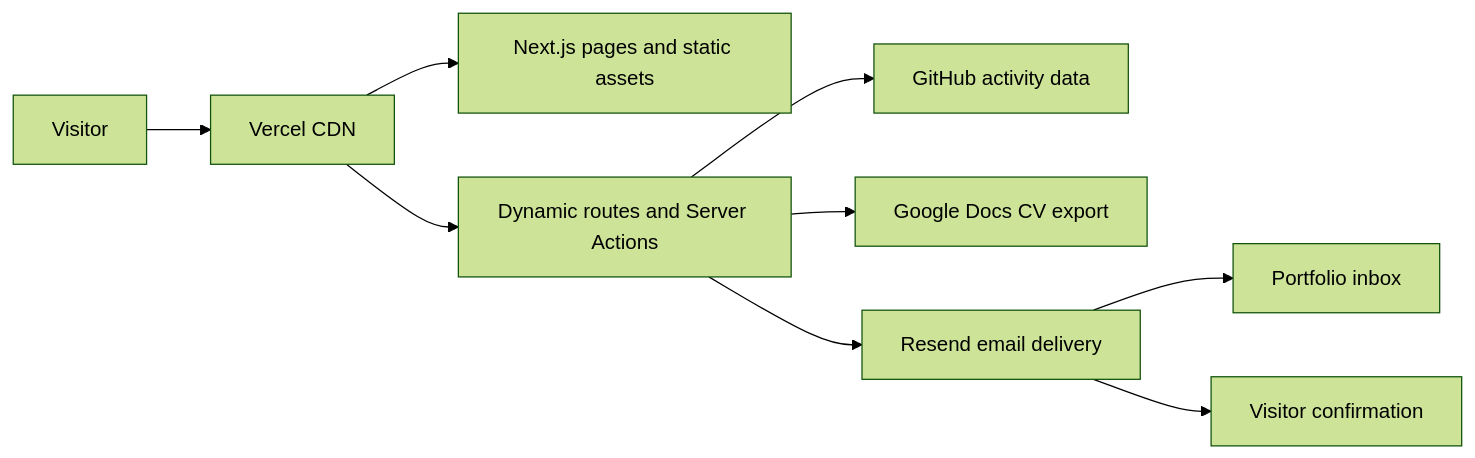
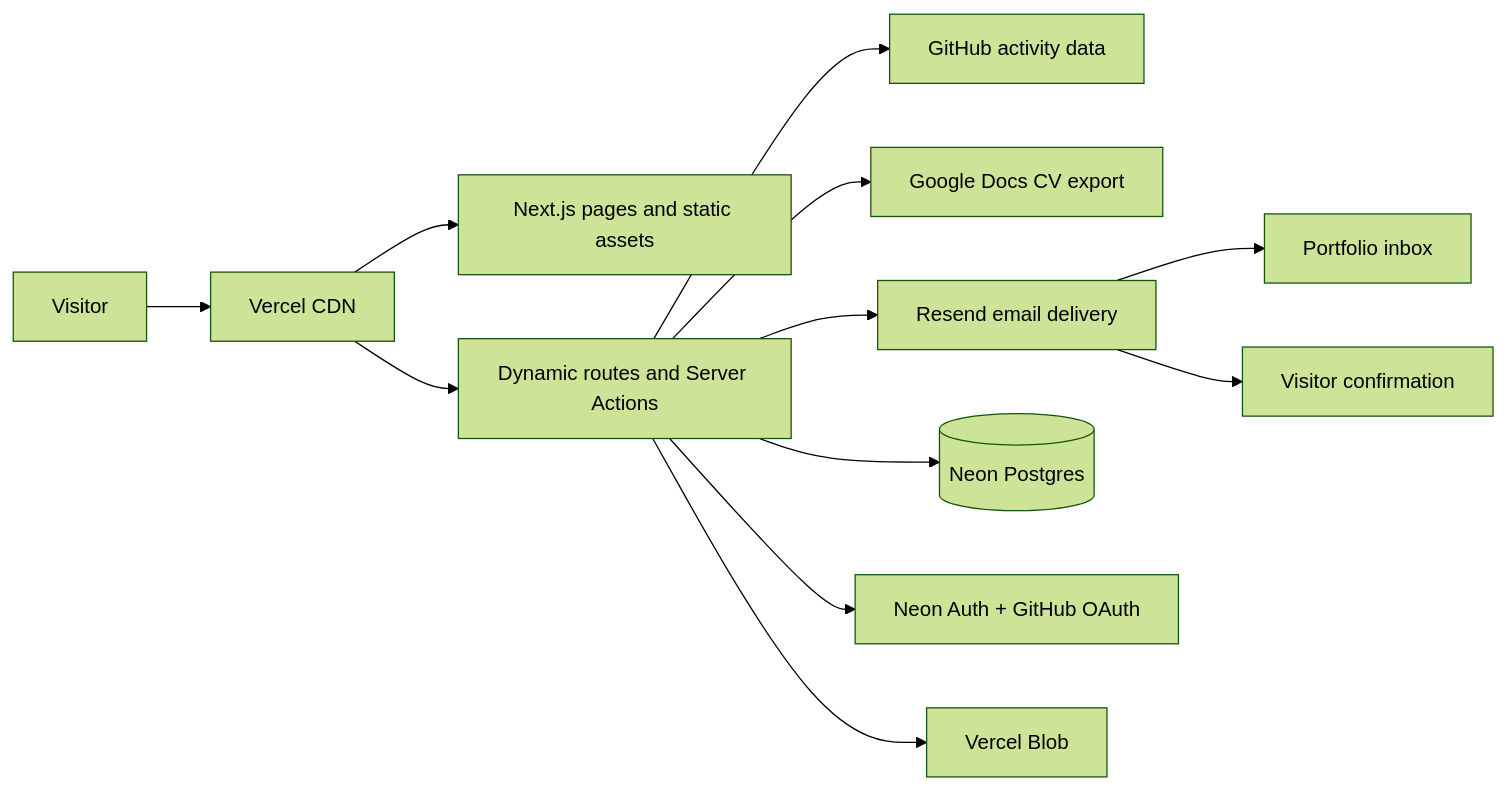
The diagram in README.md (dattk2002/dattk2002-portfolio-nextjs), drawn with Mermaid (forest theme) before and after one commit. The commit also changed other lines of this file and 43 other files, not shown here.

````diff
--- a/README.md
+++ b/README.md
@@ -32,11 +34,14 @@
 ```mermaid
 flowchart LR
     Visitor[Visitor] --> CDN[Vercel CDN]
     CDN --> Pages[Next.js pages and static assets]
     CDN --> Functions[Dynamic routes and Server Actions]
     Functions --> GitHub[GitHub activity data]
     Functions --> Docs[Google Docs CV export]
     Functions --> Resend[Resend email delivery]
+    Functions --> Neon[(Neon Postgres)]
+    Functions --> Auth[Neon Auth + GitHub OAuth]
+    Functions --> Blob[Vercel Blob]
     Resend --> Owner[Portfolio inbox]
     Resend --> Sender[Visitor confirmation]
 ```
````
